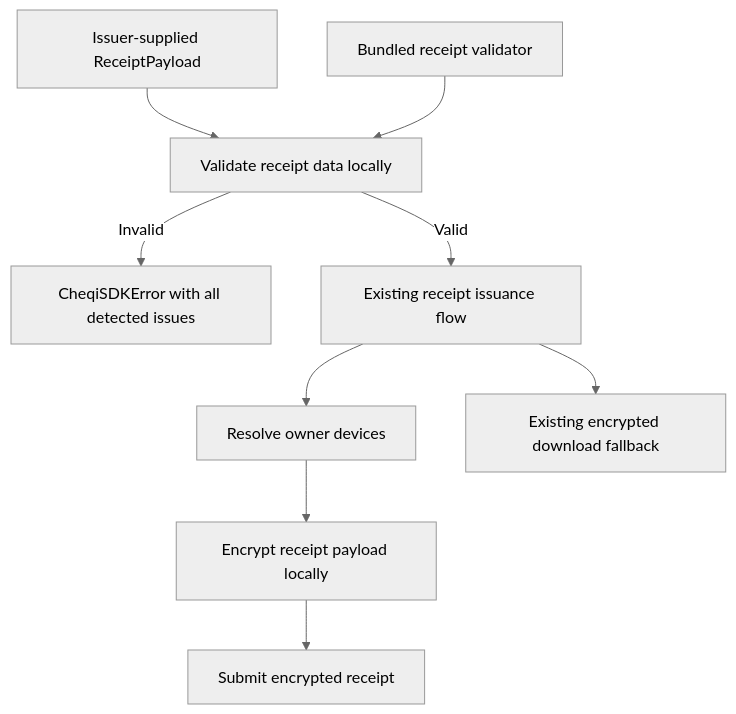
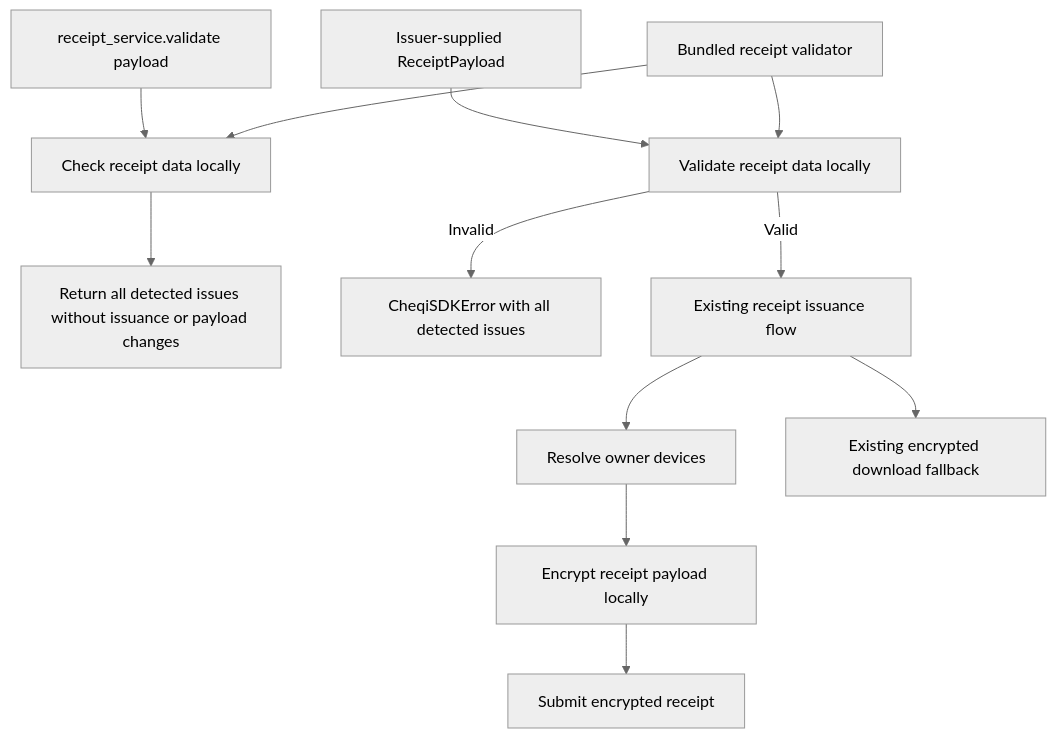
Before and after one commit to cheqi-io/cheqi-sdk-python: the diagram in docs/receipt-validation.mmd, drawn with Mermaid (neutral theme). The commit also changed 12 other files, not shown here.

Commit message:
Prepare Python SDK 2.1.0 with receipt service validation

```diff
--- a/docs/receipt-validation.mmd
+++ b/docs/receipt-validation.mmd
@@ -1,9 +1,12 @@
 flowchart TD
     POS[Issuer-supplied ReceiptPayload] --> Validate[Validate receipt data locally]
-    WASM[Bundled receipt validator] --> Validate
+    Preflight[receipt_service.validate payload] --> Check[Check receipt data locally]
+    WASM[Bundled receipt validator] --> Check
+    Check --> Report[Return all detected issues without issuance or payload changes]
+    WASM --> Validate
     Validate -->|Invalid| Error[CheqiSDKError with all detected issues]
     Validate -->|Valid| Existing[Existing receipt issuance flow]
     Existing --> Matching[Resolve owner devices]
     Matching --> Encrypt[Encrypt receipt payload locally]
     Encrypt --> Submit[Submit encrypted receipt]
     Existing --> Download[Existing encrypted download fallback]
```
